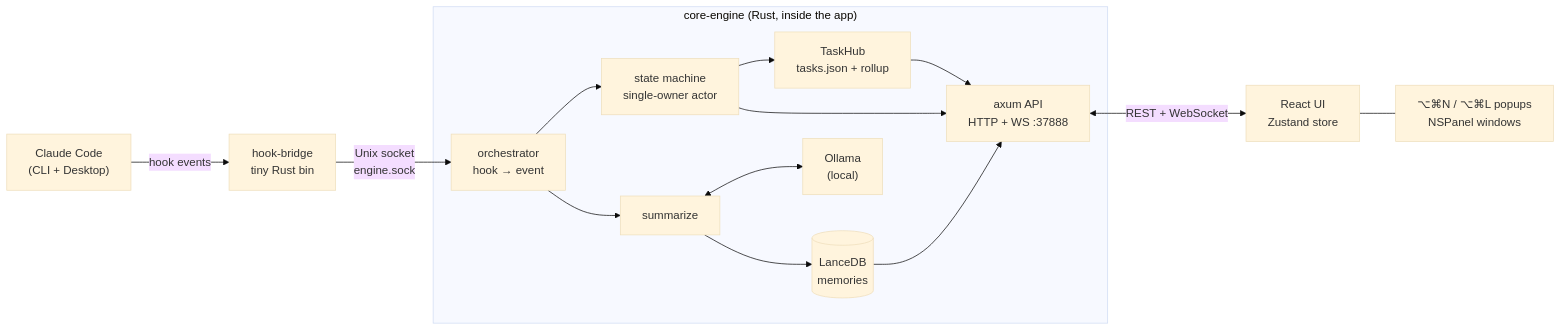
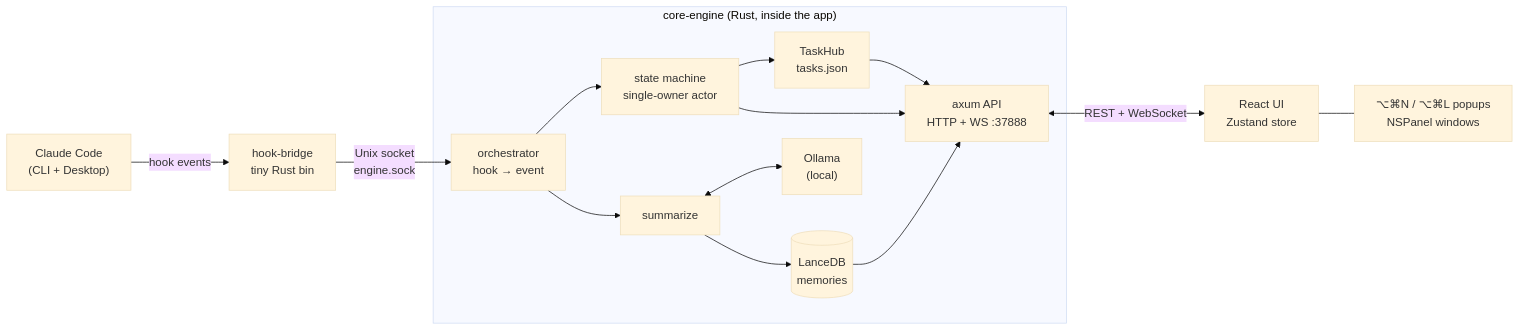
The first of 2 diagrams in README.md (omrico94/taisk), drawn with Mermaid (base theme) before and after one commit. The commit also changed other lines of this file and 9 other files, not shown here.

First line of the commit message:
Make task stages manual-only: remove automatic Done/In Progress rollup

````diff
--- a/README.md
+++ b/README.md
@@ -201,20 +201,20 @@
 ```mermaid
 flowchart LR
     CC["Claude Code<br/>(CLI + Desktop)"] -- "hook events" --> HB["hook-bridge<br/>tiny Rust bin"]
     HB -- "Unix socket<br/>engine.sock" --> ORCH
 
     subgraph Engine["core-engine (Rust, inside the app)"]
         ORCH["orchestrator<br/>hook → event"] --> SM["state machine<br/>single-owner actor"]
-        SM --> TASKS["TaskHub<br/>tasks.json + rollup"]
+        SM --> TASKS["TaskHub<br/>tasks.json"]
         ORCH --> SUM["summarize"]
         SUM <--> OLL["Ollama<br/>(local)"]
         SUM --> LDB[("LanceDB<br/>memories")]
         API["axum API<br/>HTTP + WS :37888"]
         SM --> API
         TASKS --> API
         LDB --> API
     end
 
     API <-- "REST + WebSocket" --> UI["React UI<br/>Zustand store"]
     UI --- POP["⌥⌘N / ⌥⌘L popups<br/>NSPanel windows"]
 ```
````
